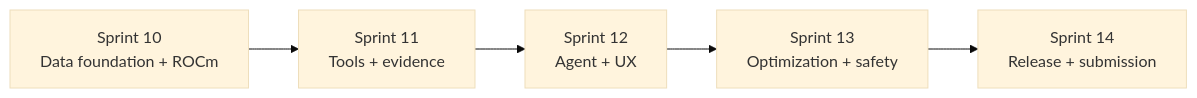
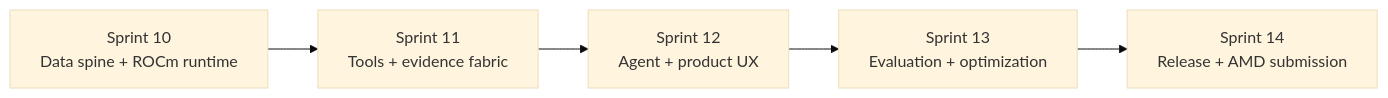
One commit to rvbernucci/forja-guide changed the diagram in docs/04-roadmap/SPRINTS_10_14_PRODUCTION.md. Above: the diagram before and after it, drawn with Mermaid (base theme). The commit also changed other lines of this file, not shown here.

````diff
--- a/docs/04-roadmap/SPRINTS_10_14_PRODUCTION.md
+++ b/docs/04-roadmap/SPRINTS_10_14_PRODUCTION.md
@@ -80,7 +95,7 @@
 ```mermaid
 flowchart LR
-    S10["Sprint 10\nData foundation + ROCm"] --> S11["Sprint 11\nTools + evidence"]
-    S11 --> S12["Sprint 12\nAgent + UX"]
-    S12 --> S13["Sprint 13\nOptimization + safety"]
-    S13 --> S14["Sprint 14\nRelease + submission"]
+    S10["Sprint 10\nData spine + ROCm runtime"] --> S11["Sprint 11\nTools + evidence fabric"]
+    S11 --> S12["Sprint 12\nAgent + product UX"]
+    S12 --> S13["Sprint 13\nEvaluation + optimization"]
+    S13 --> S14["Sprint 14\nRelease + AMD submission"]
 ```
````
